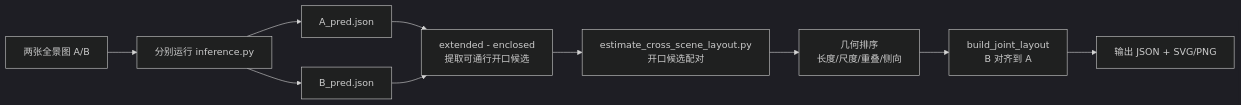
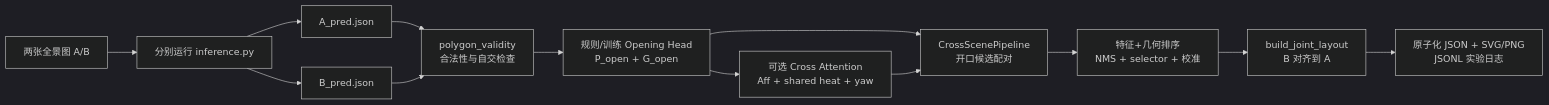
The second of 2 diagrams in 跨场景共享开口融合网络架构_可编辑.md (sunrunkun0422-dev/bi-layout), drawn with Mermaid (dark theme) before and after one commit. The commit also changed other lines of this file and 15 other files, not shown here.

Commit message:
Upgrade cross-scene fusion to engineering pipeline

````diff
--- a/跨场景共享开口融合网络架构_可编辑.md
+++ b/跨场景共享开口融合网络架构_可编辑.md
@@ -821,22 +823,27 @@
 ```mermaid
 flowchart LR
     Pair["两张全景图 A/B"]
     Infer["分别运行 inference.py"]
     JsonA["A_pred.json"]
     JsonB["B_pred.json"]
-    Opening["extended - enclosed<br/>提取可通行开口候选"]
-    Search["estimate_cross_scene_layout.py<br/>开口候选配对"]
-    Rank["几何排序<br/>长度/尺度/重叠/侧向"]
+    Valid["polygon_validity<br/>合法性与自交检查"]
+    Opening["规则/训练 Opening Head<br/>P_open + G_open"]
+    Match["可选 Cross Attention<br/>Aff + shared heat + yaw"]
+    Search["CrossScenePipeline<br/>开口候选配对"]
+    Rank["特征+几何排序<br/>NMS + selector + 校准"]
     Joint["build_joint_layout<br/>B 对齐到 A"]
-    Vis["输出 JSON + SVG/PNG"]
+    Vis["原子化 JSON + SVG/PNG<br/>JSONL 实验日志"]
 
     Pair --> Infer
     Infer --> JsonA
     Infer --> JsonB
-    JsonA --> Opening
-    JsonB --> Opening
+    JsonA --> Valid
+    JsonB --> Valid
+    Valid --> Opening
+    Opening --> Match
     Opening --> Search
+    Match --> Search
     Search --> Rank
     Rank --> Joint
     Joint --> Vis
 ```
````
